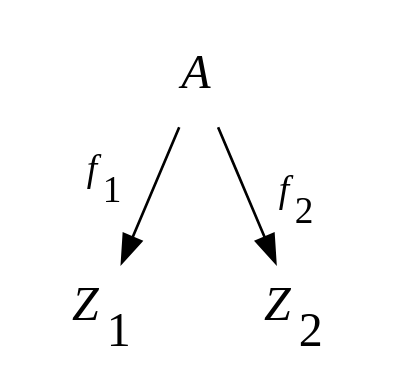
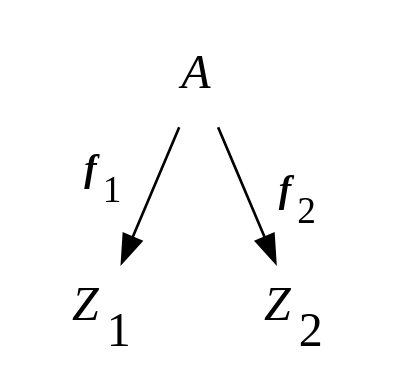
One commit to bcatalfo/Math-Solutions changed the second of 11 diagrams in docs/Paolo-Aluffi-Algebra-Chapter-0/Chapter-1-Preliminaries-Set-Theory-And-Categories/Section-3-Categories.md. Above: the diagram before and after it, drawn with Graphviz. The commit also changed other lines of this file and 6 other files, not shown here.

Commit message:
Fixed all the commutative diagrams in 3.7.

````diff
--- a/docs/Paolo-Aluffi-Algebra-Chapter-0/Chapter-1-Preliminaries-Set-Theory-And-Categories/Section-3-Categories.md
+++ b/docs/Paolo-Aluffi-Algebra-Chapter-0/Chapter-1-Preliminaries-Set-Theory-And-Categories/Section-3-Categories.md
@@ -73,12 +73,12 @@
 ```dot
 digraph { 
   {
     node [shape=none fontsize=18]
     A [label=<<i>A</i>>]
     Z_1 [label=<<i>Z</i><sub>1</sub>>]
     Z_2 [label=<<i>Z</i><sub>2</sub>>]
   }
-  A -> Z_1 [xlabel=<<I>f</I><SUB>1</SUB>  >]
-  A -> Z_2 [label=<  <I>f</I><SUB>2</SUB> >]
+  A -> Z_1 [xlabel=<<I><b>f</b></I><SUB>1</SUB>  >]
+  A -> Z_2 [label=<  <I><b>f</b></I><SUB>2</SUB> >]
 }
 ```
````
